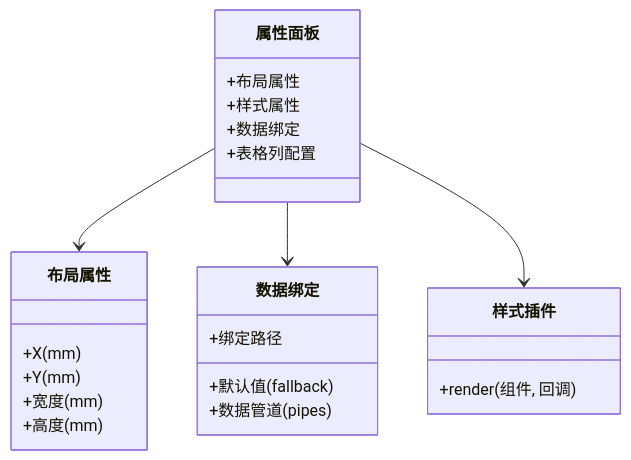
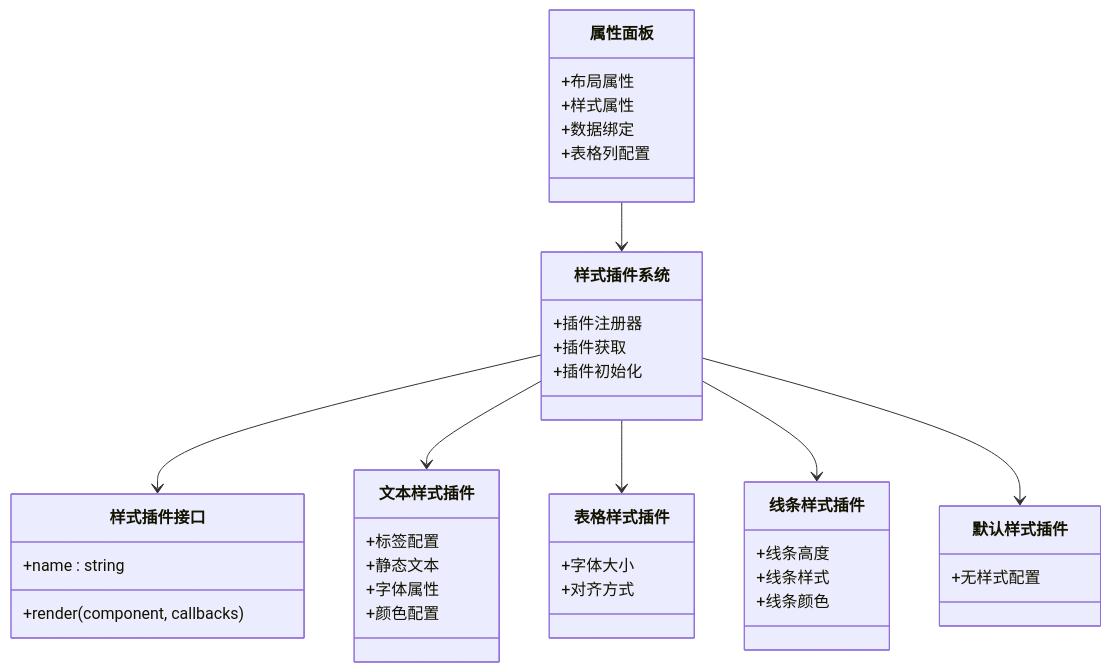
One commit to joker-yjc/printer changed the seventh of 8 diagrams in .qoder/repowiki/zh/content/设计器前端应用/可视化设计界面/可视化设计界面.md. Above: the diagram before and after it, drawn with Mermaid. The commit also changed other lines of this file and 3 other files, not shown here.

````diff
--- a/.qoder/repowiki/zh/content/设计器前端应用/可视化设计界面/可视化设计界面.md
+++ b/.qoder/repowiki/zh/content/设计器前端应用/可视化设计界面/可视化设计界面.md
@@ -250,26 +272,42 @@
 ```mermaid
 classDiagram
 class 属性面板 {
 +布局属性
 +样式属性
 +数据绑定
 +表格列配置
 }
-class 布局属性 {
-+X(mm)
-+Y(mm)
-+宽度(mm)
-+高度(mm)
+class 样式插件系统 {
++插件注册器
++插件获取
++插件初始化
 }
-class 数据绑定 {
-+绑定路径
-+默认值(fallback)
-+数据管道(pipes)
+class 样式插件接口 {
++name : string
++render(component, callbacks)
 }
-class 样式插件 {
-+render(组件, 回调)
+class 文本样式插件 {
++标签配置
++静态文本
++字体属性
++颜色配置
 }
-属性面板 --> 布局属性
-属性面板 --> 数据绑定
-属性面板 --> 样式插件
+class 表格样式插件 {
++字体大小
++对齐方式
+}
+class 线条样式插件 {
++线条高度
++线条样式
++线条颜色
+}
+class 默认样式插件 {
++无样式配置
+}
+属性面板 --> 样式插件系统
+样式插件系统 --> 样式插件接口
+样式插件系统 --> 文本样式插件
+样式插件系统 --> 表格样式插件
+样式插件系统 --> 线条样式插件
+样式插件系统 --> 默认样式插件
 ```
````
